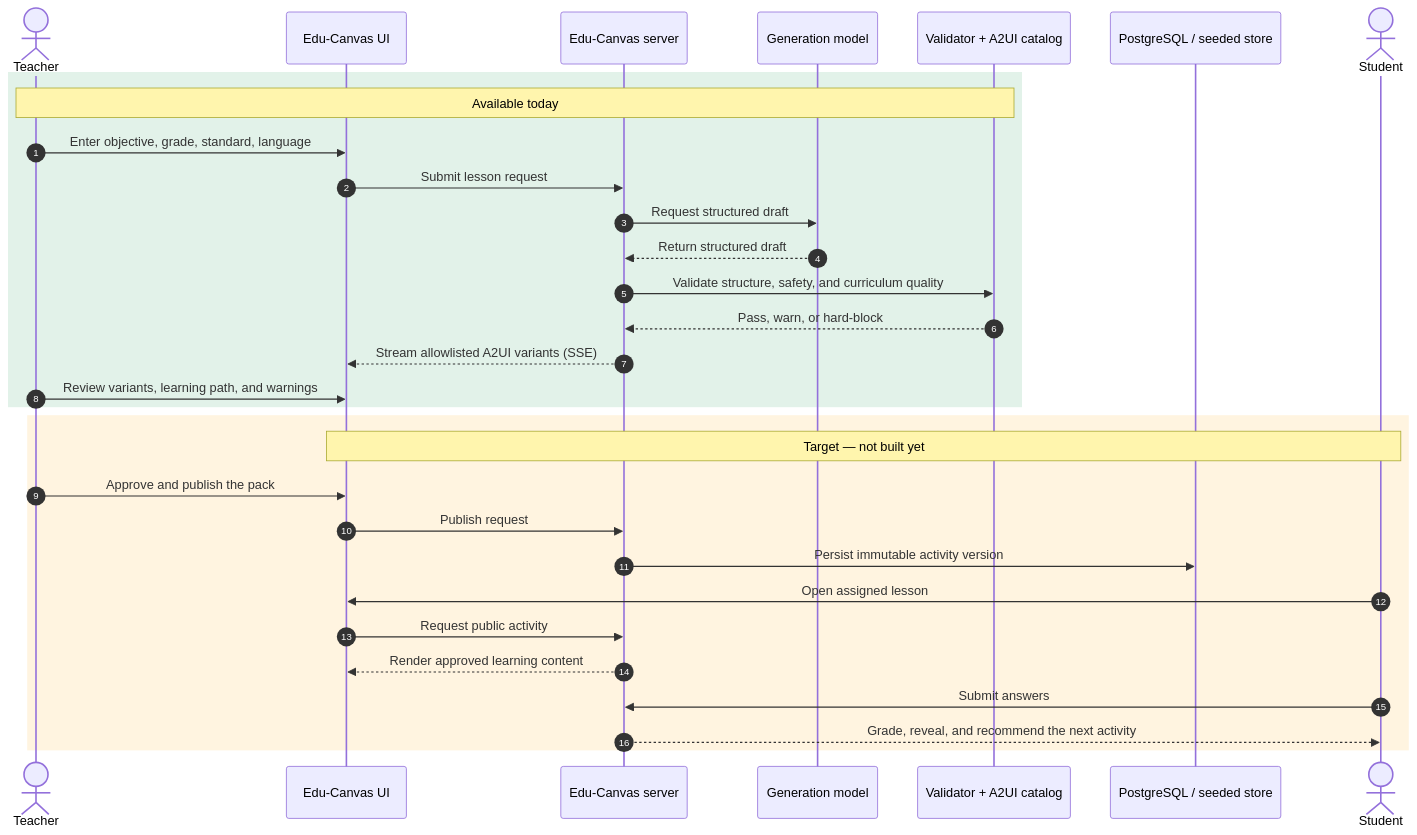
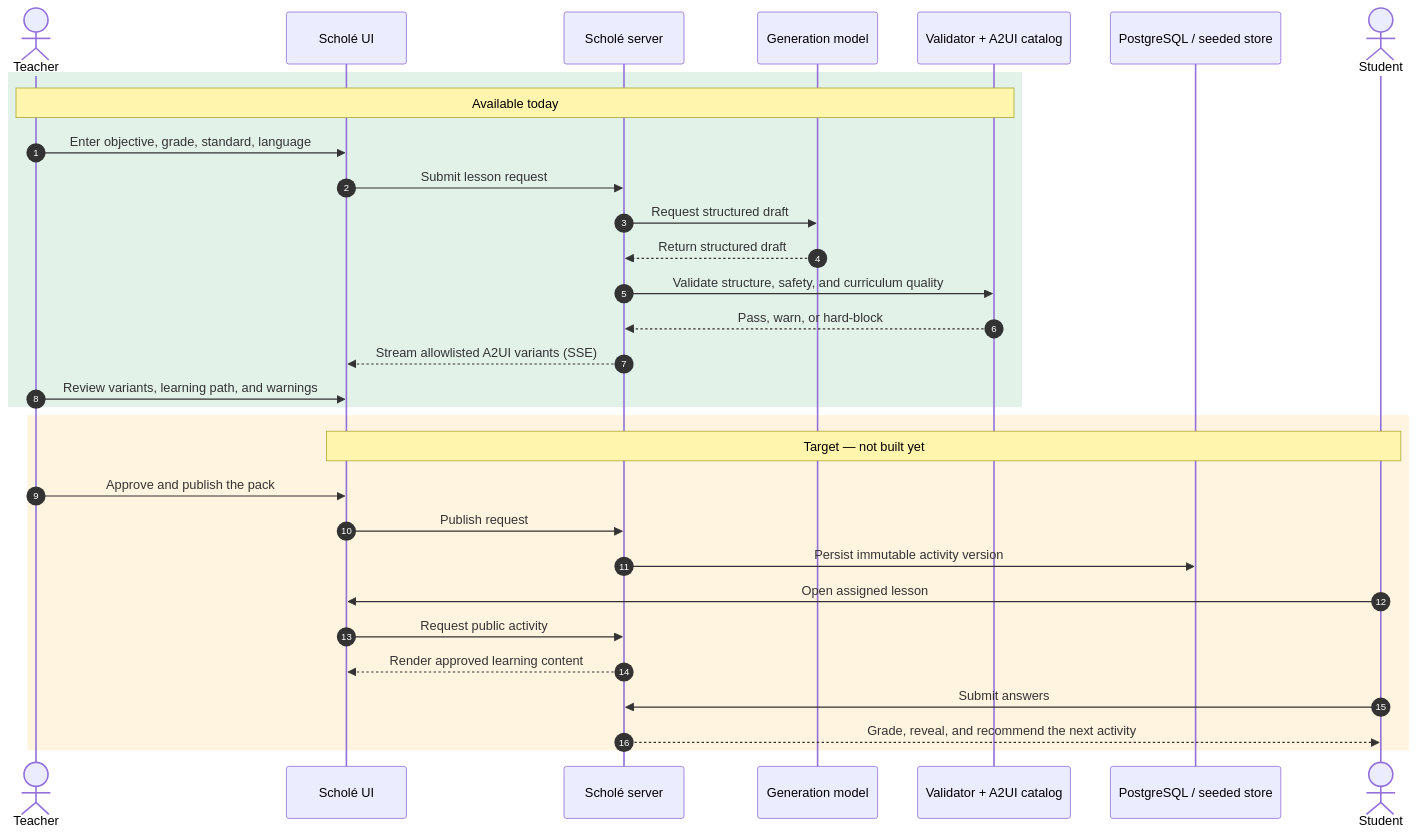
The diagram in README.md (abodacs/edu-canvas), drawn with Mermaid before and after one commit. The commit also changed other lines of this file and 27 other files, not shown here.

First line of the commit message:
chore(brand): rename the product from Edu-Canvas to Scholé

````diff
--- a/README.md
+++ b/README.md
@@ -67,35 +70,35 @@
 ```mermaid
 sequenceDiagram
     autonumber
     actor Teacher
-    participant UI as Edu-Canvas UI
-    participant Server as Edu-Canvas server
+    participant UI as Scholé UI
+    participant Server as Scholé server
     participant Model as Generation model
     participant Catalog as Validator + A2UI catalog
     participant Store as PostgreSQL / seeded store
     actor Student
 
     rect rgb(226, 242, 233)
         Note over Teacher,Catalog: Available today
         Teacher->>UI: Enter objective, grade, standard, language
         UI->>Server: Submit lesson request
         Server->>Model: Request structured draft
         Model-->>Server: Return structured draft
         Server->>Catalog: Validate structure, safety, and curriculum quality
         Catalog-->>Server: Pass, warn, or hard-block
         Server-->>UI: Stream allowlisted A2UI variants (SSE)
         Teacher->>UI: Review variants, learning path, and warnings
     end
 
     rect rgb(255, 244, 224)
         Note over UI,Student: Target — not built yet
         Teacher->>UI: Approve and publish the pack
         UI->>Server: Publish request
         Server->>Store: Persist immutable activity version
         Student->>UI: Open assigned lesson
         UI->>Server: Request public activity
         Server-->>UI: Render approved learning content
         Student->>Server: Submit answers
         Server-->>Student: Grade, reveal, and recommend the next activity
     end
 ```
````
